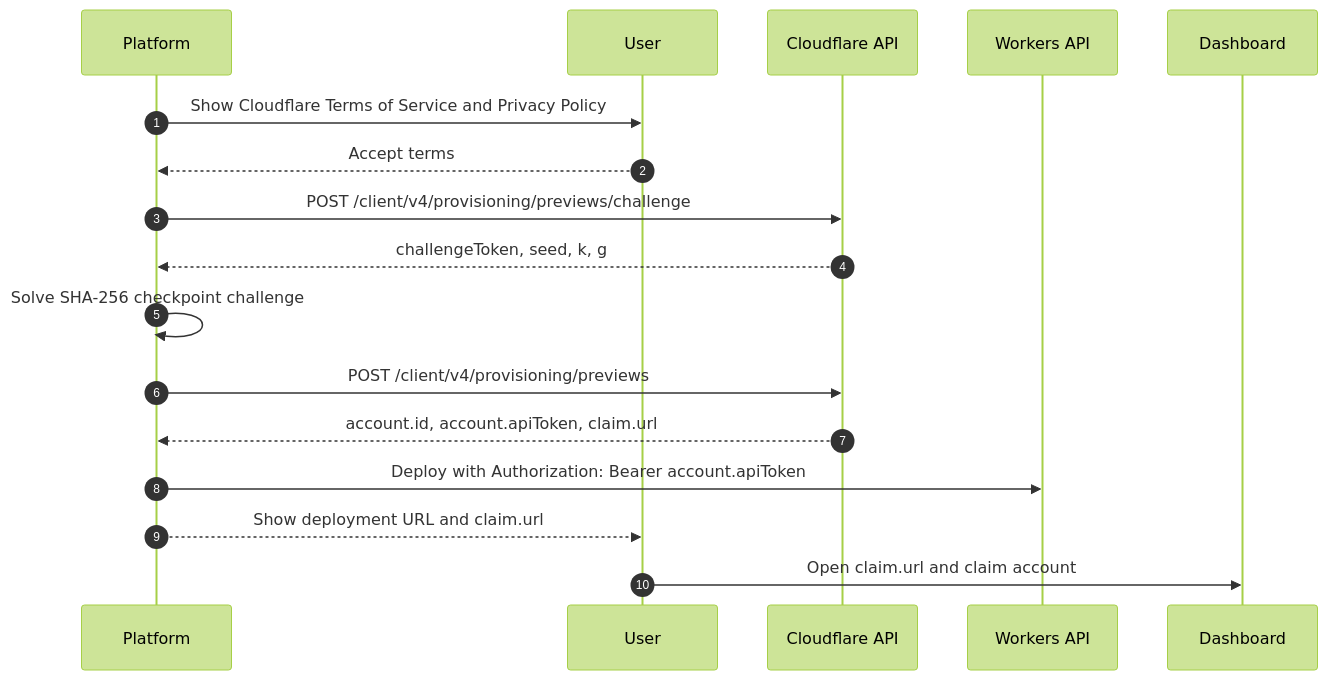
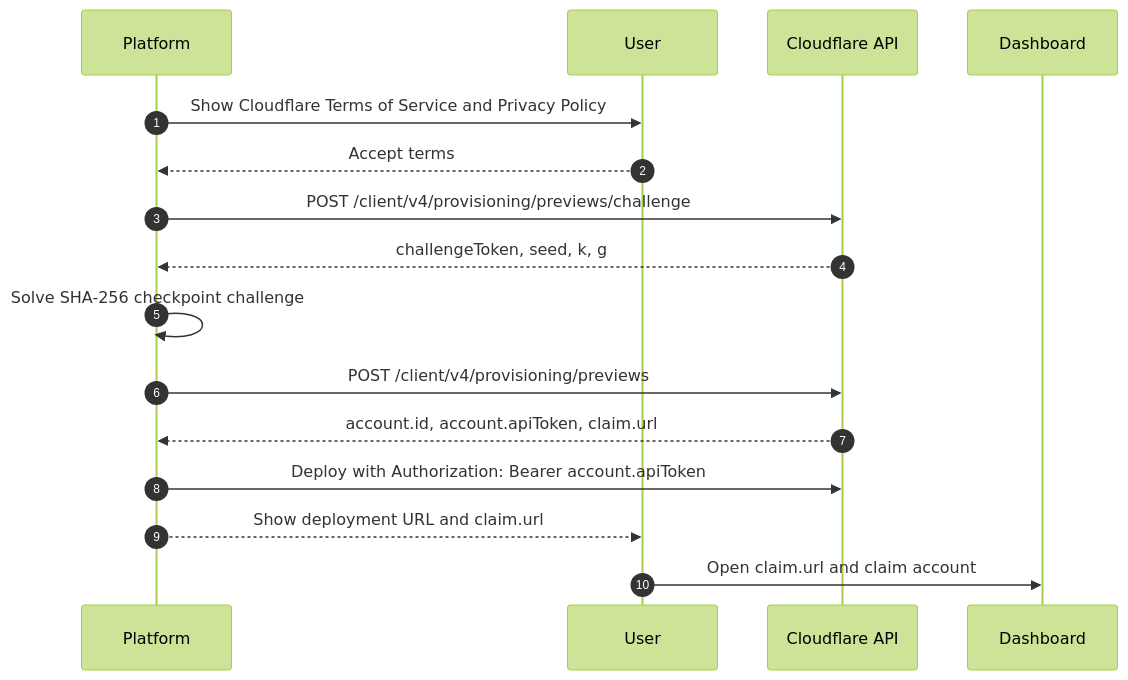
The first of 2 diagrams in src/content/docs/workers/platform/claim-deployments.mdx (cloudflare/cloudflare-docs), drawn with Mermaid (forest theme) before and after one commit. The commit also changed other lines of this file, not shown here.

Commit message:
[Workers] Clarify temporary account API flow

````diff
--- a/src/content/docs/workers/platform/claim-deployments.mdx
+++ b/src/content/docs/workers/platform/claim-deployments.mdx
@@ -113,19 +113,18 @@
 ```mermaid
 sequenceDiagram
     autonumber
     participant Platform
     participant User
     participant Cloudflare API
-    participant Workers API
     participant Dashboard
     Platform->>User: Show Cloudflare Terms of Service and Privacy Policy
     User-->>Platform: Accept terms
     Platform->>Cloudflare API: POST /client/v4/provisioning/previews/challenge
     Cloudflare API-->>Platform: challengeToken, seed, k, g
     Platform->>Platform: Solve SHA-256 checkpoint challenge
     Platform->>Cloudflare API: POST /client/v4/provisioning/previews
     Cloudflare API-->>Platform: account.id, account.apiToken, claim.url
-    Platform->>Workers API: Deploy with Authorization: Bearer account.apiToken
+    Platform->>Cloudflare API: Deploy with Authorization: Bearer account.apiToken
     Platform-->>User: Show deployment URL and claim.url
     User->>Dashboard: Open claim.url and claim account
 ```
````
